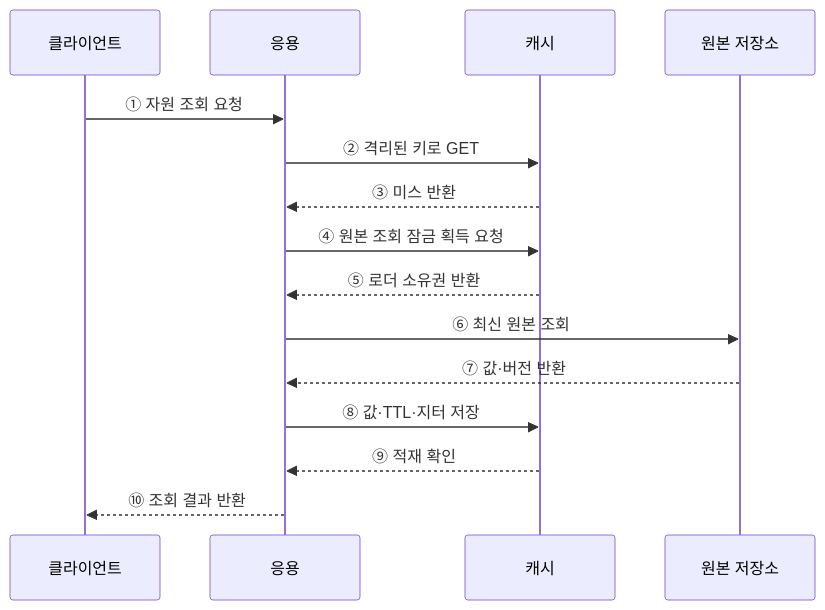
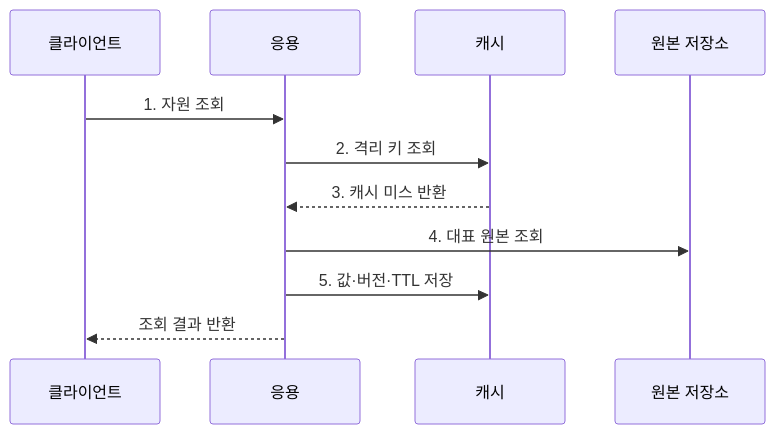
The second of 2 diagrams in src/content/docs/notes/03-software/180_caching_strategy.md (agnusdei1207/knowledge-base), drawn with Mermaid before and after one commit. The commit also changed other lines of this file and 20 other files, not shown here.

````diff
--- a/src/content/docs/notes/03-software/180_caching_strategy.md
+++ b/src/content/docs/notes/03-software/180_caching_strategy.md
@@ -74,17 +85,13 @@
 ```mermaid
 sequenceDiagram
     participant U as 클라이언트
     participant A as 응용
     participant C as 캐시
     participant D as 원본 저장소
-    U->>A: ① 자원 조회 요청
-    A->>C: ② 격리된 키로 GET
-    C-->>A: ③ 미스 반환
-    A->>C: ④ 원본 조회 잠금 획득 요청
-    C-->>A: ⑤ 로더 소유권 반환
-    A->>D: ⑥ 최신 원본 조회
-    D-->>A: ⑦ 값·버전 반환
-    A->>C: ⑧ 값·TTL·지터 저장
-    C-->>A: ⑨ 적재 확인
-    A-->>U: ⑩ 조회 결과 반환
+    U->>A: 1. 자원 조회
+    A->>C: 2. 격리 키 조회
+    C-->>A: 3. 캐시 미스 반환
+    A->>D: 4. 대표 원본 조회
+    A->>C: 5. 값·버전·TTL 저장
+    A-->>U: 조회 결과 반환
 ```
````
